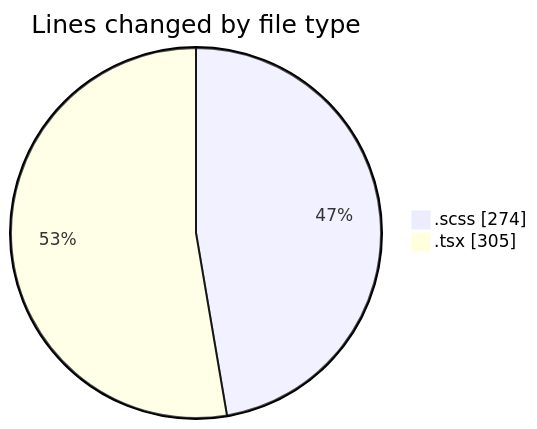
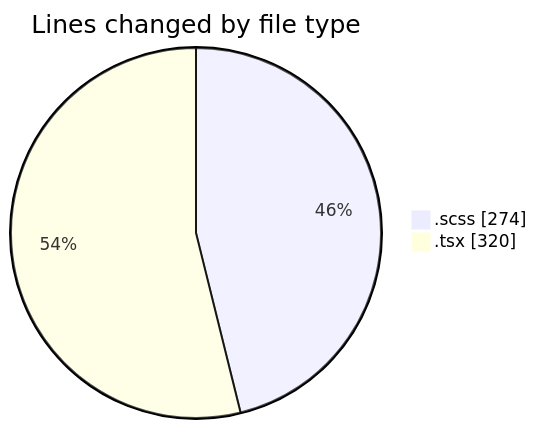
Before and after one commit to momahboobian/code-tracking: the first of 2 diagrams in 2025-03-04/cda/README.md, drawn with Mermaid. The commit also changed other lines of this file and 1 other file, not shown here.

````diff
--- a/2025-03-04/cda/README.md
+++ b/2025-03-04/cda/README.md
@@ -24,6 +24,6 @@
 ```mermaid
 pie showData
 title Lines changed by file type
 ".scss" : 274
-".tsx" : 305
+".tsx" : 320
 ```
````
